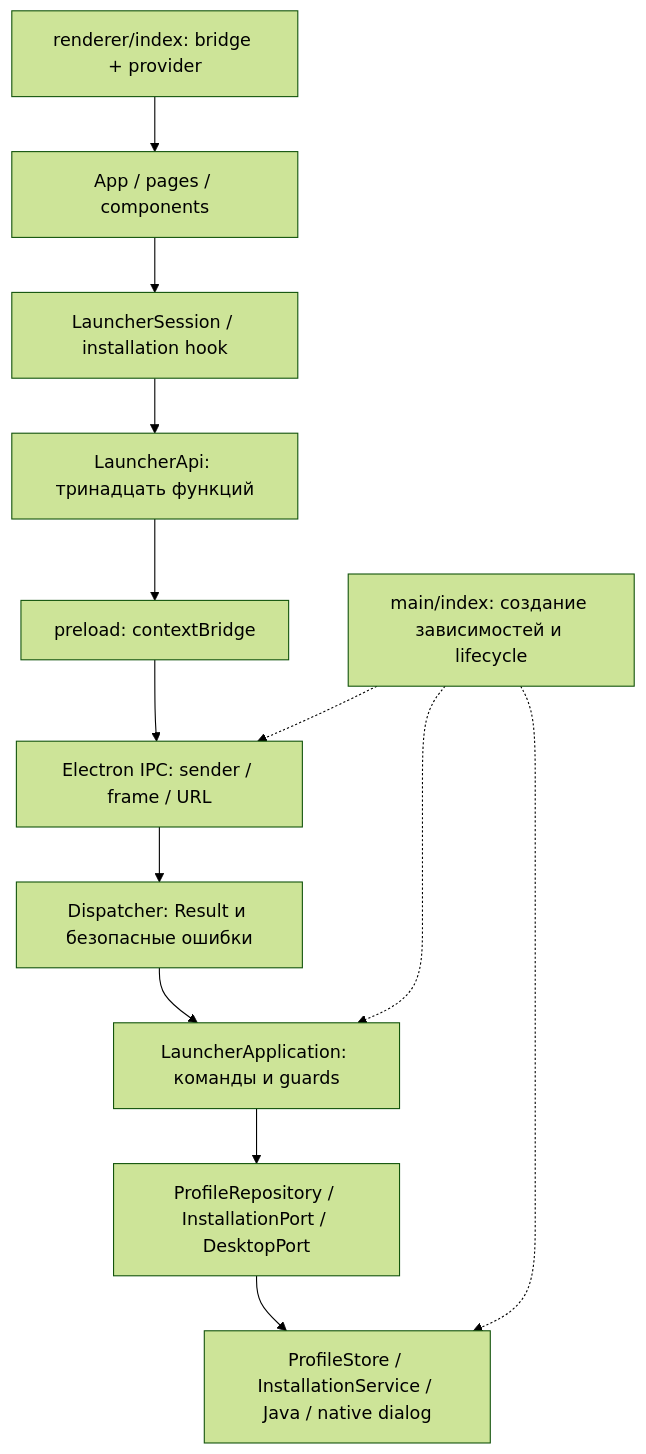
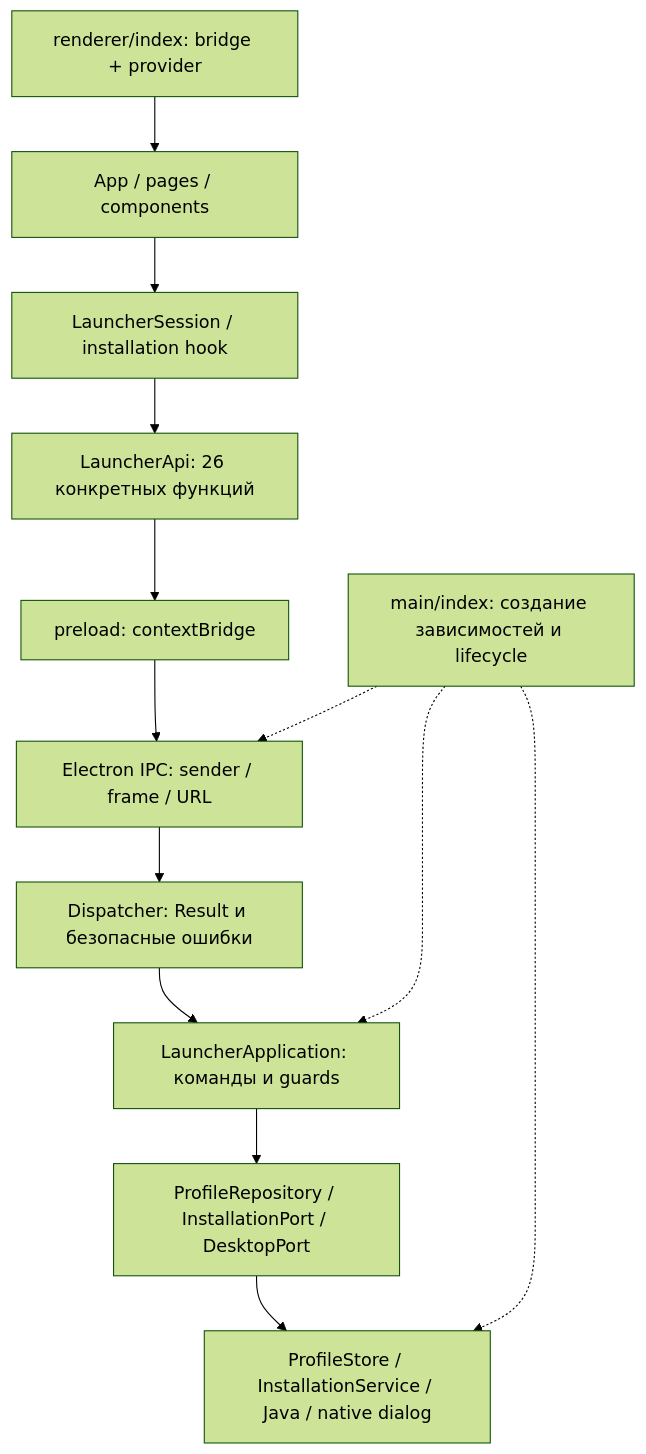
Before and after one commit to AdilSatuv/spaceclient: the diagram in docs/ARCHITECTURE.md, drawn with Mermaid (forest theme). The commit also changed other lines of this file and 4 other files, not shown here.

````diff
--- a/docs/ARCHITECTURE.md
+++ b/docs/ARCHITECTURE.md
@@ -7,15 +7,15 @@
 ```mermaid
 flowchart TD
   Entry[renderer/index: bridge + provider] --> UI[App / pages / components]
   UI --> State[LauncherSession / installation hook]
-  State --> API[LauncherApi: тринадцать функций]
+  State --> API[LauncherApi: 26 конкретных функций]
   API --> Preload[preload: contextBridge]
   Preload --> IPC[Electron IPC: sender / frame / URL]
   IPC --> Dispatch[Dispatcher: Result и безопасные ошибки]
   Dispatch --> App[LauncherApplication: команды и guards]
   App --> Ports[ProfileRepository / InstallationPort / DesktopPort]
   Ports --> Infra[ProfileStore / InstallationService / Java / native dialog]
   Root[main/index: создание зависимостей и lifecycle] -.-> IPC
   Root -.-> App
   Root -.-> Infra
 ```
````
